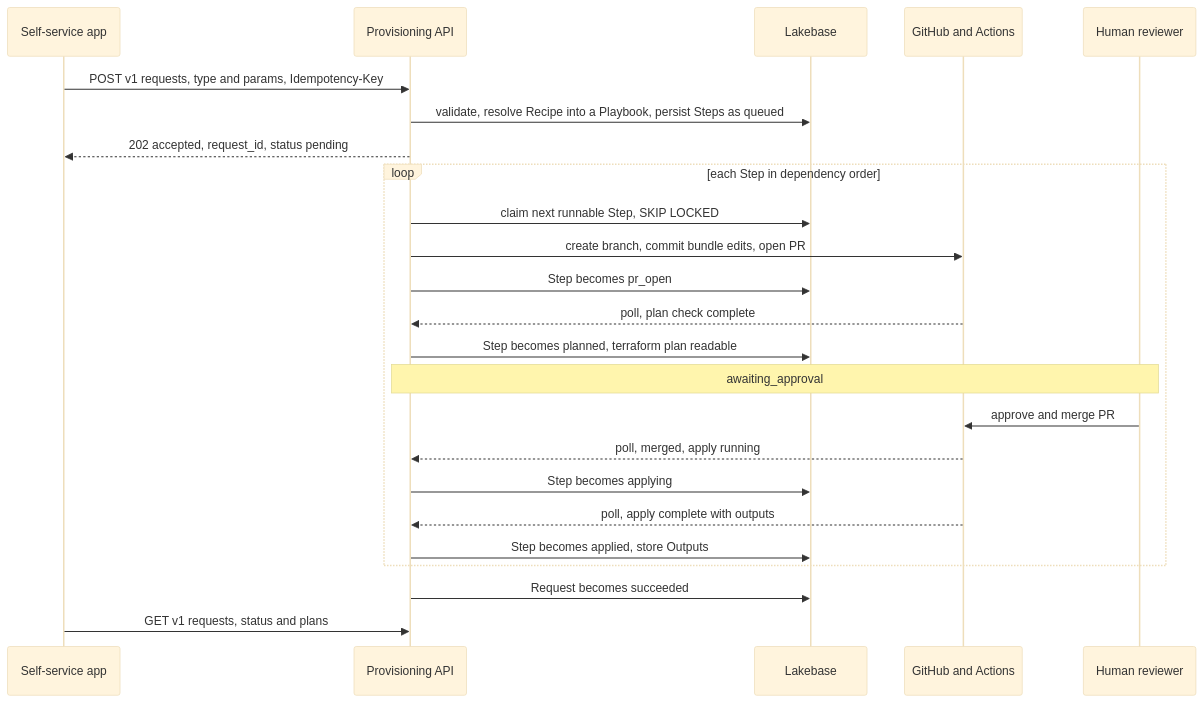
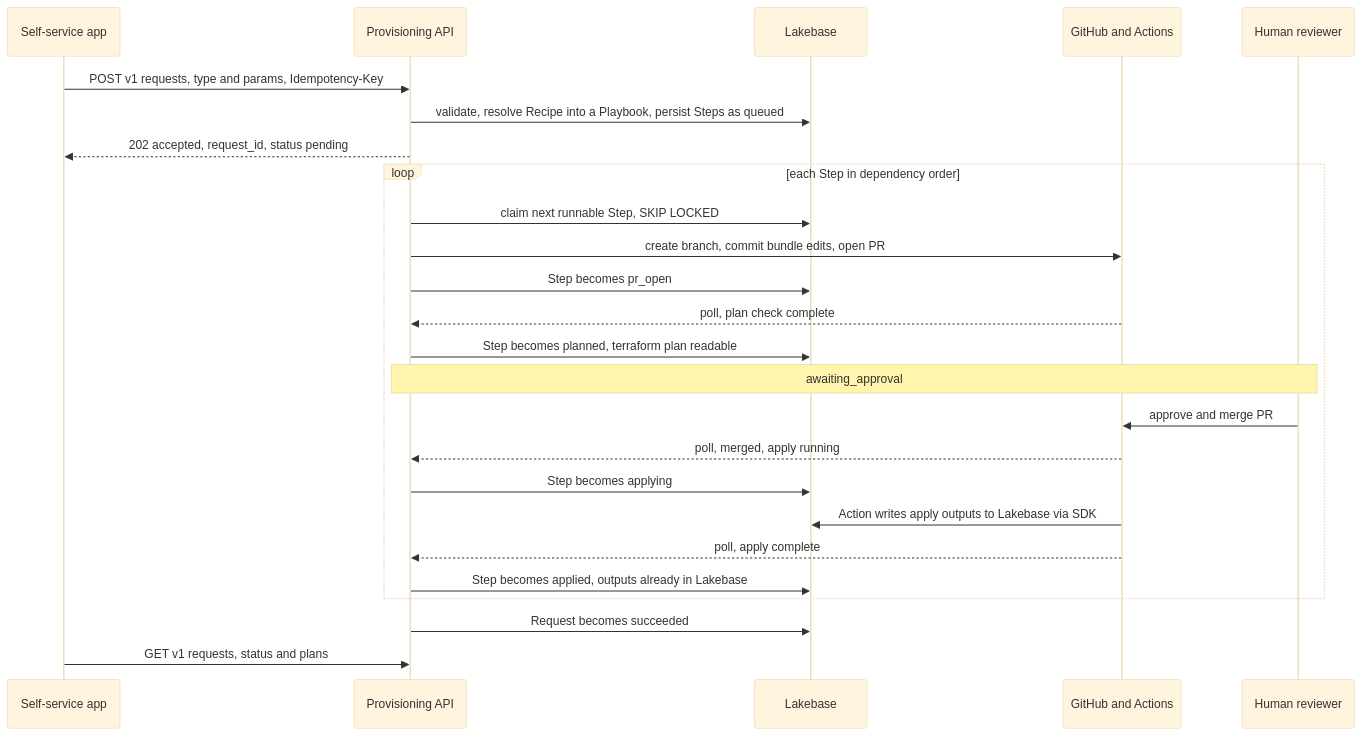
Before and after one commit to TaylorAHanson/terramate-api-wrapper: the third of 6 diagrams in architecture.md, drawn with Mermaid (base theme). The commit also changed other lines of this file and 3 other files, not shown here.

First line of the commit message:
Reconcile architecture-defense decisions into docs and ADR-0002

````diff
--- a/architecture.md
+++ b/architecture.md
@@ -150,28 +153,29 @@
 ```mermaid
 sequenceDiagram
   participant C as Self-service app
   participant A as Provisioning API
   participant DB as Lakebase
   participant G as GitHub and Actions
   participant H as Human reviewer
 
   C->>A: POST v1 requests, type and params, Idempotency-Key
   A->>DB: validate, resolve Recipe into a Playbook, persist Steps as queued
   A-->>C: 202 accepted, request_id, status pending
 
   loop each Step in dependency order
     A->>DB: claim next runnable Step, SKIP LOCKED
     A->>G: create branch, commit bundle edits, open PR
     A->>DB: Step becomes pr_open
     G-->>A: poll, plan check complete
     A->>DB: Step becomes planned, terraform plan readable
     Note over A,H: awaiting_approval
     H->>G: approve and merge PR
     G-->>A: poll, merged, apply running
     A->>DB: Step becomes applying
-    G-->>A: poll, apply complete with outputs
-    A->>DB: Step becomes applied, store Outputs
+    G->>DB: Action writes apply outputs to Lakebase via SDK
+    G-->>A: poll, apply complete
+    A->>DB: Step becomes applied, outputs already in Lakebase
   end
   A->>DB: Request becomes succeeded
   C->>A: GET v1 requests, status and plans
 ```
````
